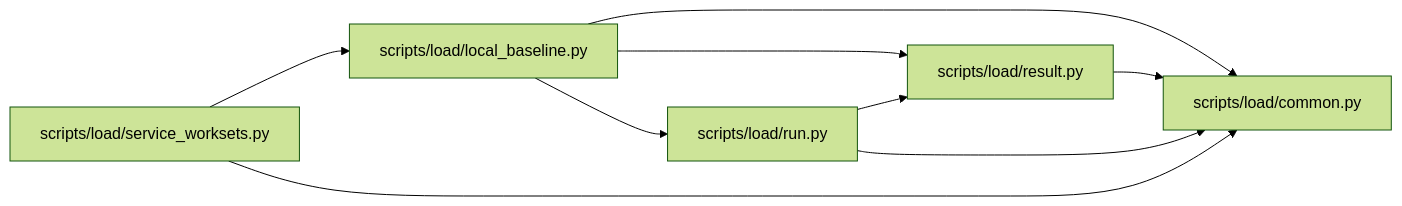
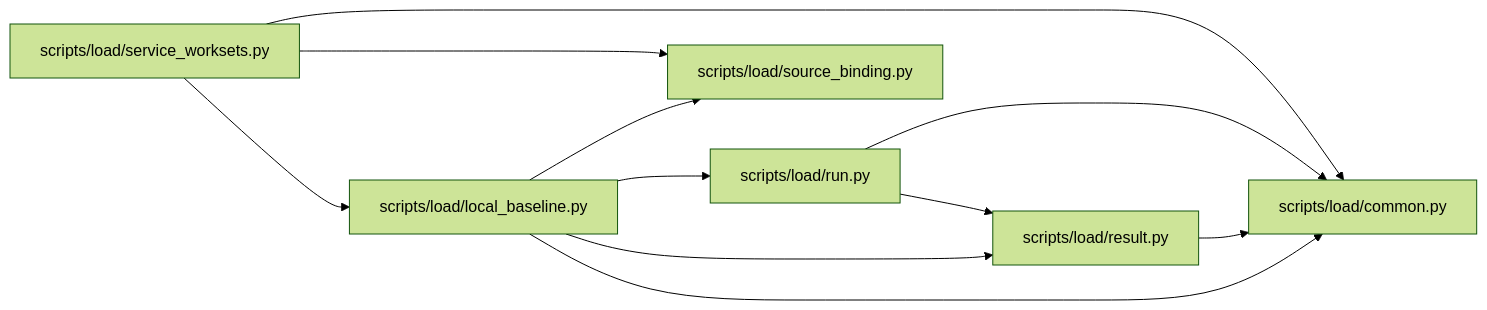
The diagram in docs/llm_wiki/modules/local_baseline.md (Denissvgn/WorkChord), drawn with Mermaid (forest theme) before and after one commit. The commit also changed other lines of this file and 10148 other files, not shown here.

````diff
--- a/docs/llm_wiki/modules/local_baseline.md
+++ b/docs/llm_wiki/modules/local_baseline.md
@@ -37,21 +40,25 @@
 ```mermaid
 flowchart LR
     n0["scripts/load/common.py"]
     n1["scripts/load/local_baseline.py"]
     n2["scripts/load/result.py"]
     n3["scripts/load/run.py"]
     n4["scripts/load/service_worksets.py"]
+    n5["scripts/load/source_binding.py"]
     n1 --> n0
     n1 --> n2
     n1 --> n3
+    n1 --> n5
     n2 --> n0
     n3 --> n0
     n3 --> n2
     n4 --> n0
     n4 --> n1
+    n4 --> n5
     click n0 "../modules/load_common.md"
     click n1 "../modules/local_baseline.md"
     click n2 "../modules/result.md"
     click n3 "../modules/run.md"
     click n4 "../modules/service_worksets.md"
+    click n5 "../modules/source_binding.md"
 ```
````
